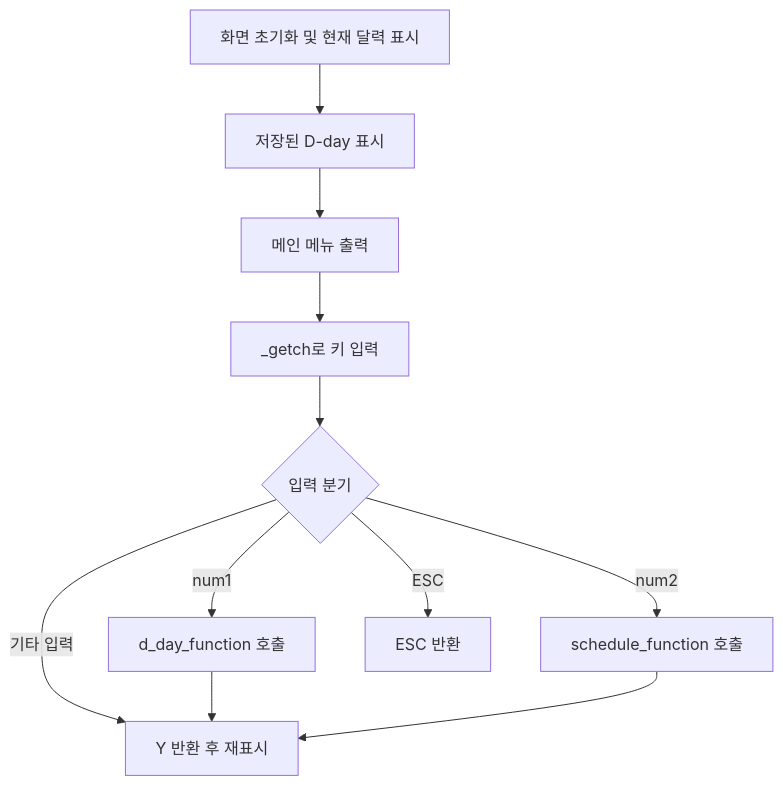
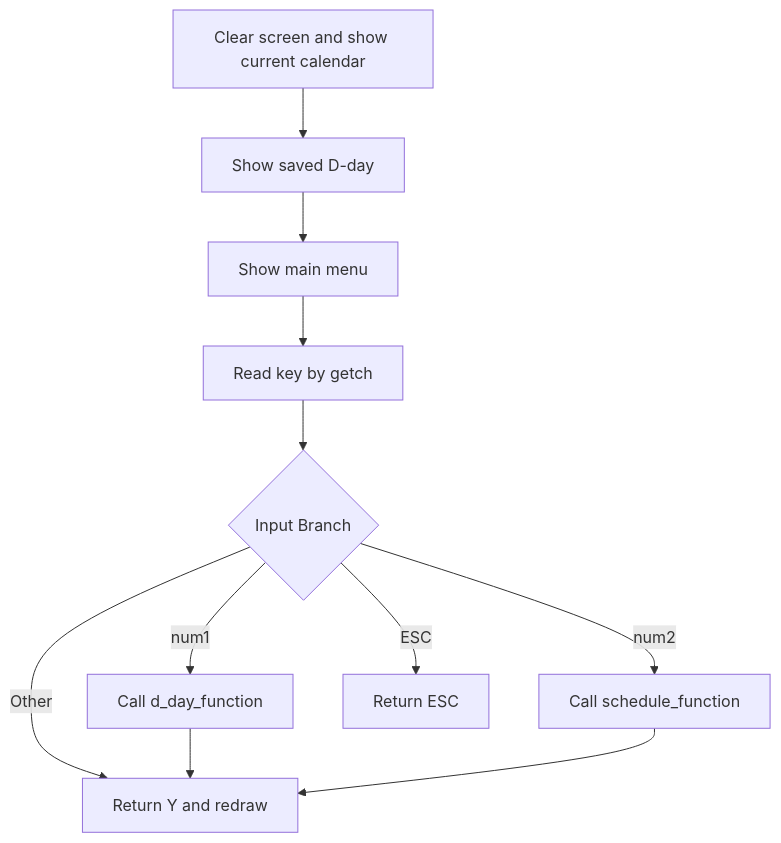
The second of 8 diagrams in architecture/dpd.md (JY0102/Calendar), drawn with Mermaid before and after one commit. The commit also changed other lines of this file and 1 other file, not shown here.

````diff
--- a/architecture/dpd.md
+++ b/architecture/dpd.md
@@ -41,23 +40,23 @@
 ```mermaid
 flowchart TB
-    Init[화면 초기화 및 현재 달력 표시]
-    DDayView[저장된 D-day 표시]
-    Menu[메인 메뉴 출력]
-    Input[_getch로 키 입력]
-    Branch{입력 분기}
-    CallDDay[d_day_function 호출]
-    CallSchedule[schedule_function 호출]
-    ReturnEsc[ESC 반환]
-    ReturnY[Y 반환 후 재표시]
+    Init["Clear screen and show current calendar"]
+    DDayView["Show saved D-day"]
+    Menu["Show main menu"]
+    Input["Read key by getch"]
+    Branch{"Input Branch"}
+    CallDDay["Call d_day_function"]
+    CallSchedule["Call schedule_function"]
+    ReturnEsc["Return ESC"]
+    ReturnY["Return Y and redraw"]
 
     Init --> DDayView
     DDayView --> Menu
     Menu --> Input
     Input --> Branch
-    Branch -->|num1| CallDDay
-    Branch -->|num2| CallSchedule
-    Branch -->|ESC| ReturnEsc
-    Branch -->|기타 입력| ReturnY
+    Branch -->|"num1"| CallDDay
+    Branch -->|"num2"| CallSchedule
+    Branch -->|"ESC"| ReturnEsc
+    Branch -->|"Other"| ReturnY
     CallDDay --> ReturnY
     CallSchedule --> ReturnY
 ```
````
